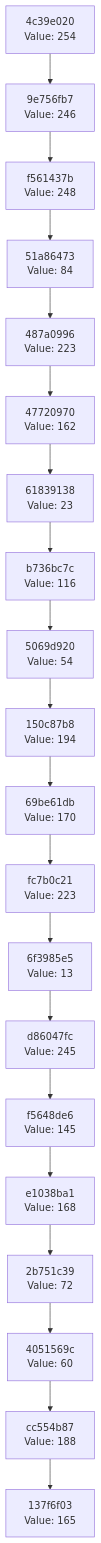
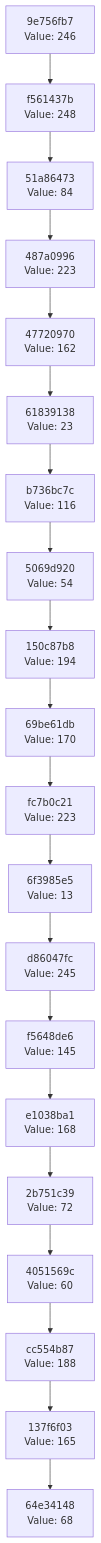
One commit to Abhisheksinha1506/hash-chain-evolver changed the diagram in docs/CHAIN_VISUALIZATION.md. Above: the diagram before and after it, drawn with Mermaid. The commit also changed 3 other files, not shown here.

````diff
--- a/docs/CHAIN_VISUALIZATION.md
+++ b/docs/CHAIN_VISUALIZATION.md
@@ -3,42 +3,42 @@
 ```mermaid
 graph TD
-    C0["137f6f03<br/>Value: 165"]
-    C1["cc554b87<br/>Value: 188"]
+    C0["64e34148<br/>Value: 68"]
+    C1["137f6f03<br/>Value: 165"]
     C1 --> C0
-    C2["4051569c<br/>Value: 60"]
+    C2["cc554b87<br/>Value: 188"]
     C2 --> C1
-    C3["2b751c39<br/>Value: 72"]
+    C3["4051569c<br/>Value: 60"]
     C3 --> C2
-    C4["e1038ba1<br/>Value: 168"]
+    C4["2b751c39<br/>Value: 72"]
     C4 --> C3
-    C5["f5648de6<br/>Value: 145"]
+    C5["e1038ba1<br/>Value: 168"]
     C5 --> C4
-    C6["d86047fc<br/>Value: 245"]
+    C6["f5648de6<br/>Value: 145"]
     C6 --> C5
-    C7["6f3985e5<br/>Value: 13"]
+    C7["d86047fc<br/>Value: 245"]
     C7 --> C6
-    C8["fc7b0c21<br/>Value: 223"]
+    C8["6f3985e5<br/>Value: 13"]
     C8 --> C7
-    C9["69be61db<br/>Value: 170"]
+    C9["fc7b0c21<br/>Value: 223"]
     C9 --> C8
-    C10["150c87b8<br/>Value: 194"]
+    C10["69be61db<br/>Value: 170"]
     C10 --> C9
-    C11["5069d920<br/>Value: 54"]
+    C11["150c87b8<br/>Value: 194"]
     C11 --> C10
-    C12["b736bc7c<br/>Value: 116"]
+    C12["5069d920<br/>Value: 54"]
     C12 --> C11
-    C13["61839138<br/>Value: 23"]
+    C13["b736bc7c<br/>Value: 116"]
     C13 --> C12
-    C14["47720970<br/>Value: 162"]
+    C14["61839138<br/>Value: 23"]
     C14 --> C13
-    C15["487a0996<br/>Value: 223"]
+    C15["47720970<br/>Value: 162"]
     C15 --> C14
-    C16["51a86473<br/>Value: 84"]
+    C16["487a0996<br/>Value: 223"]
     C16 --> C15
-    C17["f561437b<br/>Value: 248"]
+    C17["51a86473<br/>Value: 84"]
     C17 --> C16
-    C18["9e756fb7<br/>Value: 246"]
+    C18["f561437b<br/>Value: 248"]
     C18 --> C17
-    C19["4c39e020<br/>Value: 254"]
+    C19["9e756fb7<br/>Value: 246"]
     C19 --> C18
 ```
````
